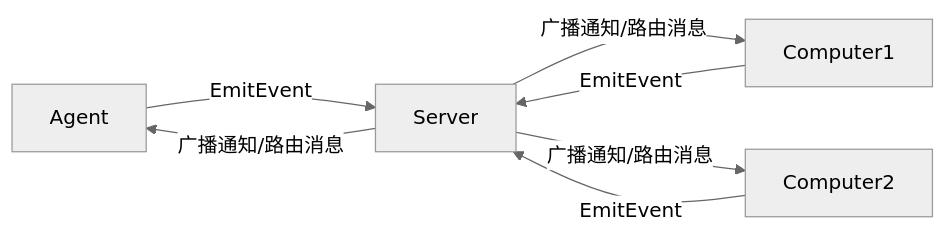
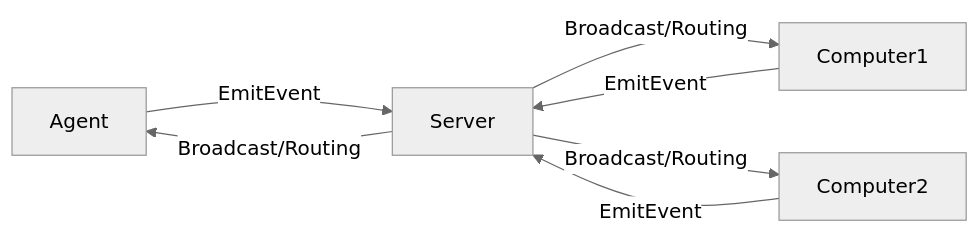
Before and after one commit to A2C-SMCP/.github: the fourth of 7 diagrams in profile/README.md, drawn with Mermaid (neutral theme). The commit also changed other lines of this file and 2 other files, not shown here.

````diff
--- a/profile/README.md
+++ b/profile/README.md
@@ -109,9 +113,9 @@
 ```mermaid
 graph LR
     A[Agent] -->|EmitEvent| S[Server]
     C1[Computer1] -->|EmitEvent| S
     C2[Computer2] -->|EmitEvent| S
-    S -->|广播通知/路由消息| A
-    S -->|广播通知/路由消息| C1
-    S -->|广播通知/路由消息| C2
+    S -->|Broadcast/Routing| A
+    S -->|Broadcast/Routing| C1
+    S -->|Broadcast/Routing| C2
 ```
````
